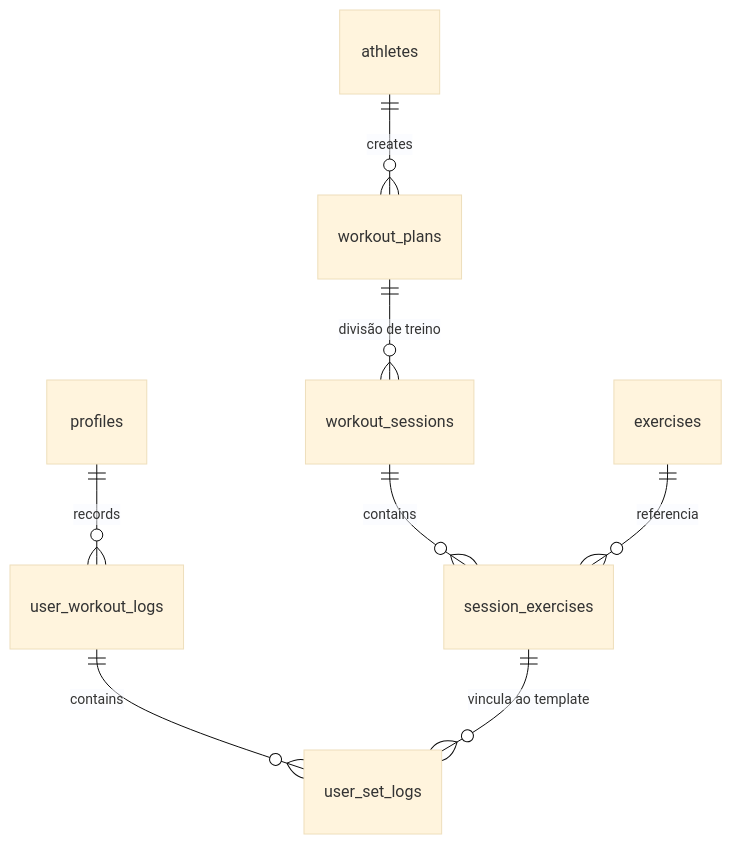
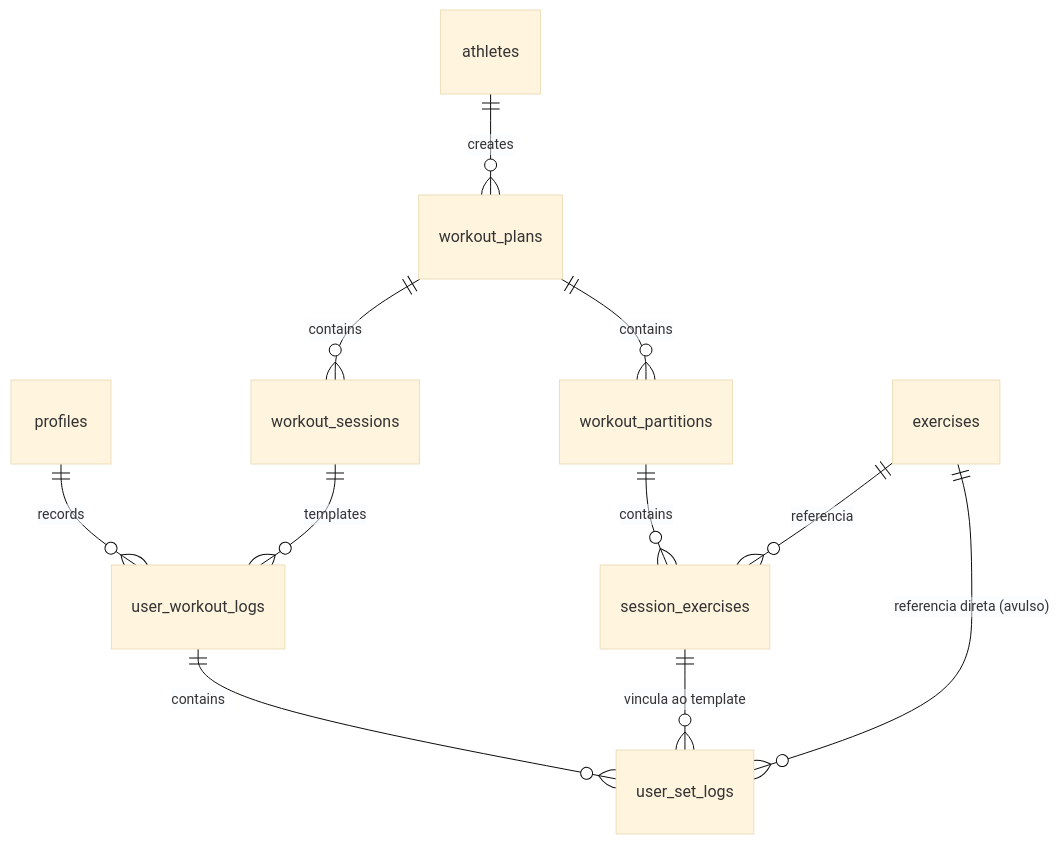
The diagram in protrack-docs/docs/data-model.md (Pedro-Nico1as/ProTrack), drawn with Mermaid (base theme) before and after one commit. The commit also changed other lines of this file and 46 other files, not shown here.

````diff
--- a/protrack-docs/docs/data-model.md
+++ b/protrack-docs/docs/data-model.md
@@ -9,10 +9,13 @@
 ```mermaid
 erDiagram
     profiles ||--o{ user_workout_logs : records
     athletes ||--o{ workout_plans : creates
-    workout_plans ||--o{ workout_sessions : "divisão de treino"
-    workout_sessions ||--o{ session_exercises : contains
+    workout_plans ||--o{ workout_sessions : contains
+    workout_plans ||--o{ workout_partitions : contains
+    workout_partitions ||--o{ session_exercises : contains
     exercises ||--o{ session_exercises : "referencia"
     user_workout_logs ||--o{ user_set_logs : contains
     session_exercises ||--o{ user_set_logs : "vincula ao template"
+    exercises ||--o{ user_set_logs : "referencia direta (avulso)"
+    workout_sessions ||--o{ user_workout_logs : templates
 ```
````
